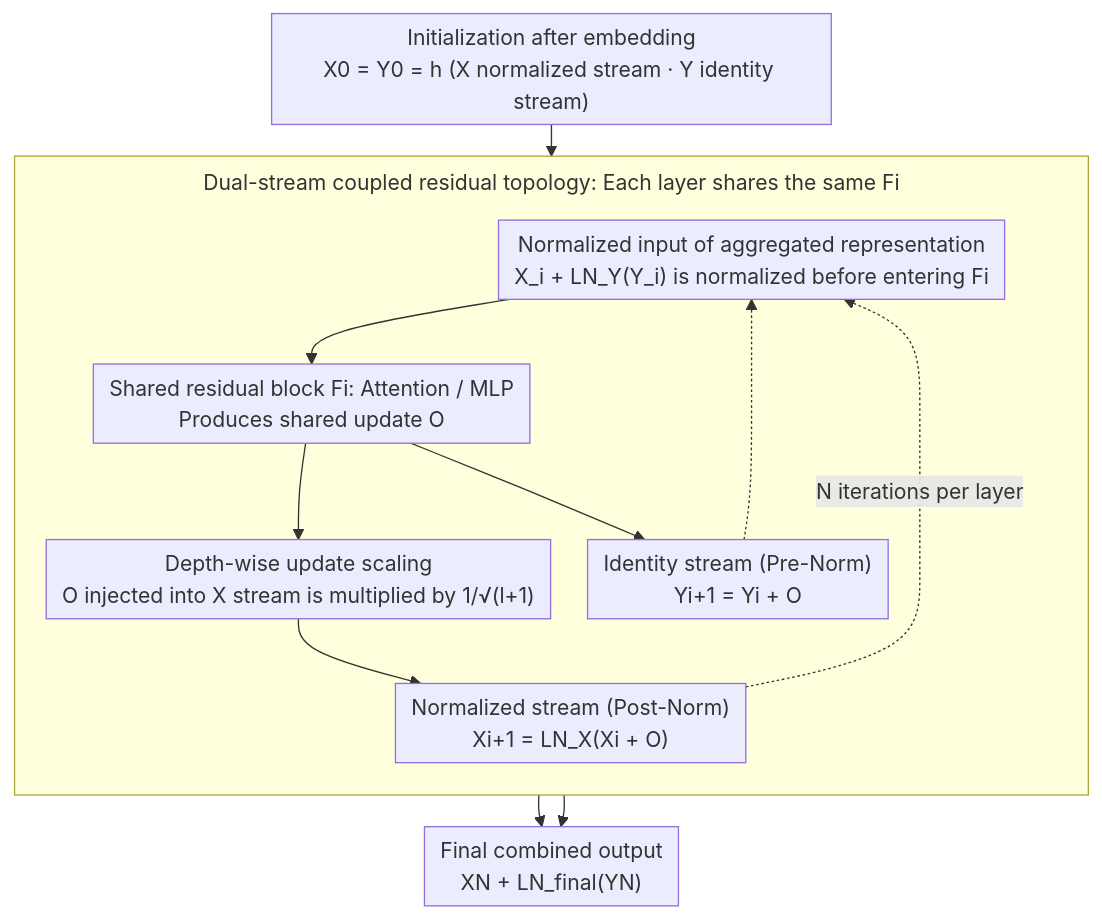
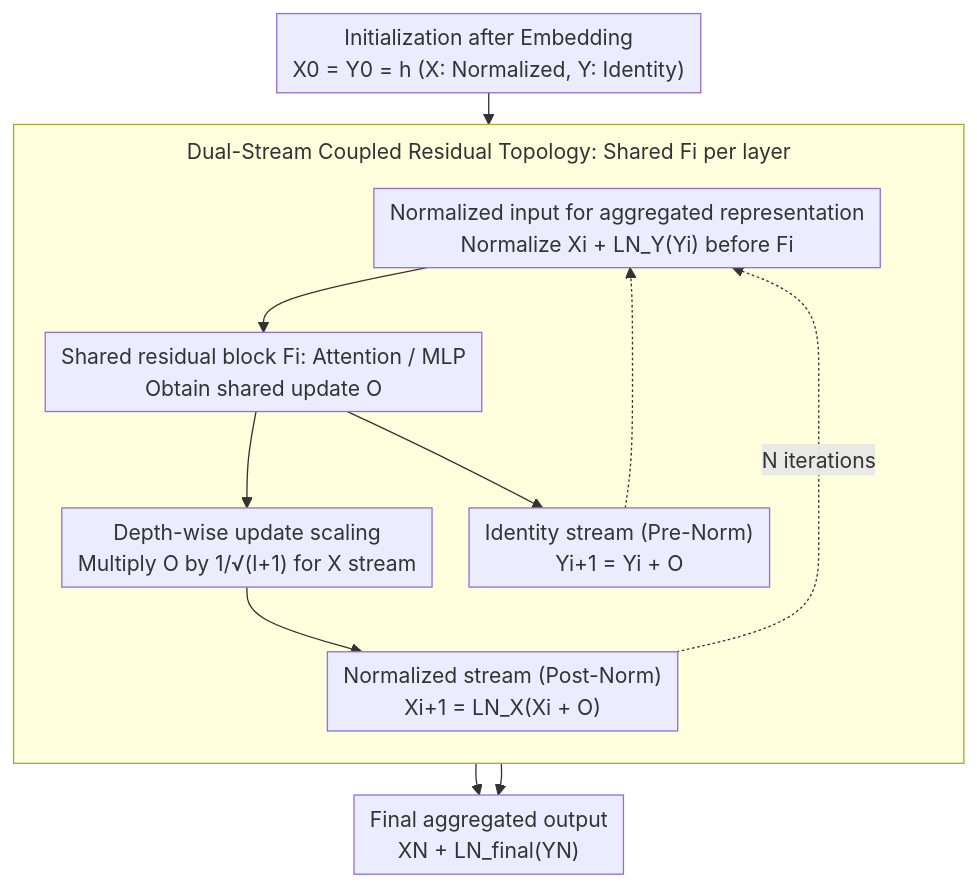
Before and after one commit to zhaoyang97/Paper-Notes-en: the diagram in docs/ICML2026/llm_efficiency/siamesenorm_breaking_the_barrier_to_reconciling_prepost-norm.md, drawn with Mermaid. The commit also changed other lines of this file and 5084 other files, not shown here.

````diff
--- a/docs/ICML2026/llm_efficiency/siamesenorm_breaking_the_barrier_to_reconciling_prepost-norm.md
+++ b/docs/ICML2026/llm_efficiency/siamesenorm_breaking_the_barrier_to_reconciling_prepost-norm.md
@@ -45,21 +45,21 @@
 ```mermaid
 %%{init: {'flowchart': {'rankSpacing': 24, 'nodeSpacing': 28, 'padding': 6, 'wrappingWidth': 400, 'subGraphTitleMargin': {'top': 8, 'bottom': 16}}}}%%
 flowchart TD
-    H["Initialization after embedding<br/>X0 = Y0 = h (X normalized stream · Y identity stream)"]
-    subgraph TOPO["Dual-stream coupled residual topology: Each layer shares the same Fi"]
+    H["Initialization after Embedding<br/>X0 = Y0 = h (X: Normalized, Y: Identity)"]
+    subgraph TOPO["Dual-Stream Coupled Residual Topology: Shared Fi per layer"]
         direction TB
-        AGG["Normalized input of aggregated representation<br/>X_i + LN_Y(Y_i) is normalized before entering Fi"]
-        F["Shared residual block Fi: Attention / MLP<br/>Produces shared update O"]
-        SCALE["Depth-wise update scaling<br/>O injected into X stream is multiplied by 1/√(l+1)"]
+        AGG["Normalized input for aggregated representation<br/>Normalize Xi + LN_Y(Yi) before Fi"]
+        F["Shared residual block Fi: Attention / MLP<br/>Obtain shared update O"]
+        SCALE["Depth-wise update scaling<br/>Multiply O by 1/√(l+1) for X stream"]
         UX["Normalized stream (Post-Norm)<br/>Xi+1 = LN_X(Xi + O)"]
         UY["Identity stream (Pre-Norm)<br/>Yi+1 = Yi + O"]
         AGG --> F
         F --> SCALE --> UX
         F --> UY
     end
     H --> AGG
-    UX -.->|N iterations per layer| AGG
+    UX -.->|N iterations| AGG
     UY -.-> AGG
-    UX --> OUT["Final combined output<br/>XN + LN_final(YN)"]
+    UX --> OUT["Final aggregated output<br/>XN + LN_final(YN)"]
     UY --> OUT
 ```
````
